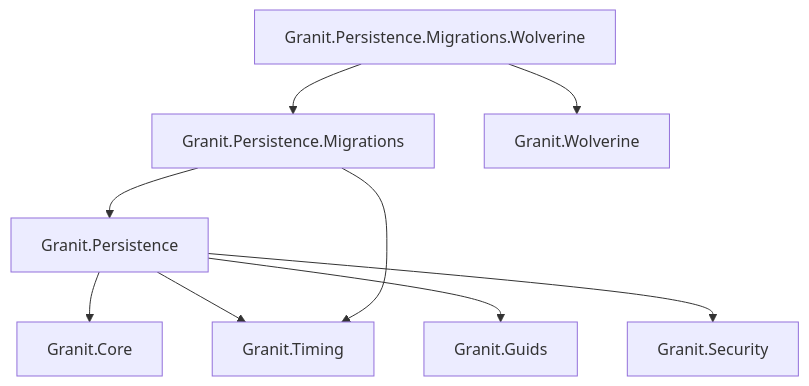
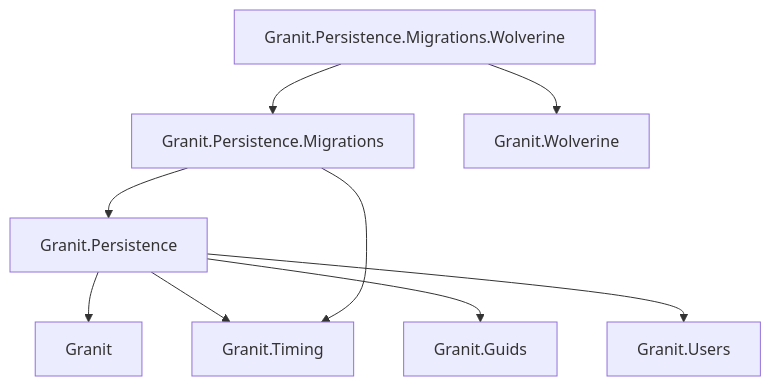
One commit to granit-fx/granit-dotnet changed the diagram in docs-site/src/content/docs/dotnet/data/persistence.mdx. Above: the diagram before and after it, drawn with Mermaid. The commit also changed other lines of this file and 153 other files, not shown here.

````diff
--- a/docs-site/src/content/docs/dotnet/data/persistence.mdx
+++ b/docs-site/src/content/docs/dotnet/data/persistence.mdx
@@ -33,11 +33,11 @@
 ```mermaid
 graph TD
-    P[Granit.Persistence] --> C[Granit.Core]
+    P[Granit.Persistence] --> C[Granit]
     P --> T[Granit.Timing]
     P --> G[Granit.Guids]
-    P --> S[Granit.Security]
+    P --> S[Granit.Users]
     PM[Granit.Persistence.Migrations] --> P
     PM --> T
     PMW[Granit.Persistence.Migrations.Wolverine] --> PM
     PMW --> W[Granit.Wolverine]
 ```
````
